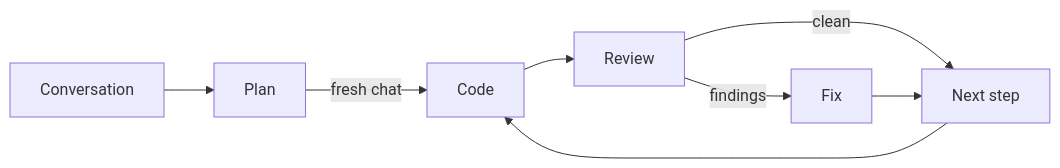
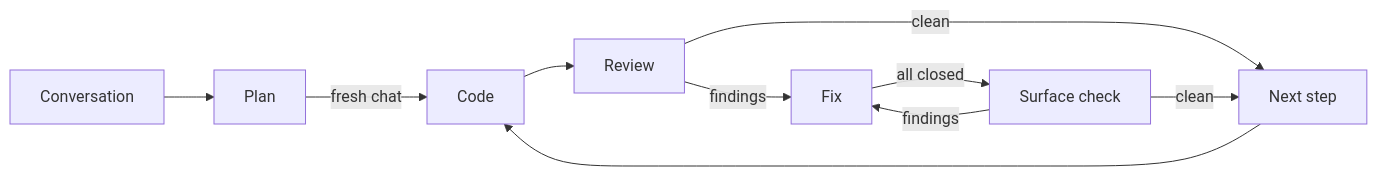
The diagram in planning/foreman.md (cppalliance/tools-public), drawn with Mermaid before and after one commit. The commit also changed other lines of this file and 1 other file, not shown here.

````diff
--- a/planning/foreman.md
+++ b/planning/foreman.md
@@ -21,10 +21,12 @@
 ```mermaid
 flowchart LR
     talk[Conversation] --> plan[Plan]
     plan -->|fresh chat| code[Code]
     code --> review[Review]
     review -->|findings| fix[Fix]
     review -->|clean| nextStep[Next step]
-    fix --> nextStep
+    fix -->|all closed| check[Surface check]
+    check -->|findings| fix
+    check -->|clean| nextStep
     nextStep --> code
 ```
````
